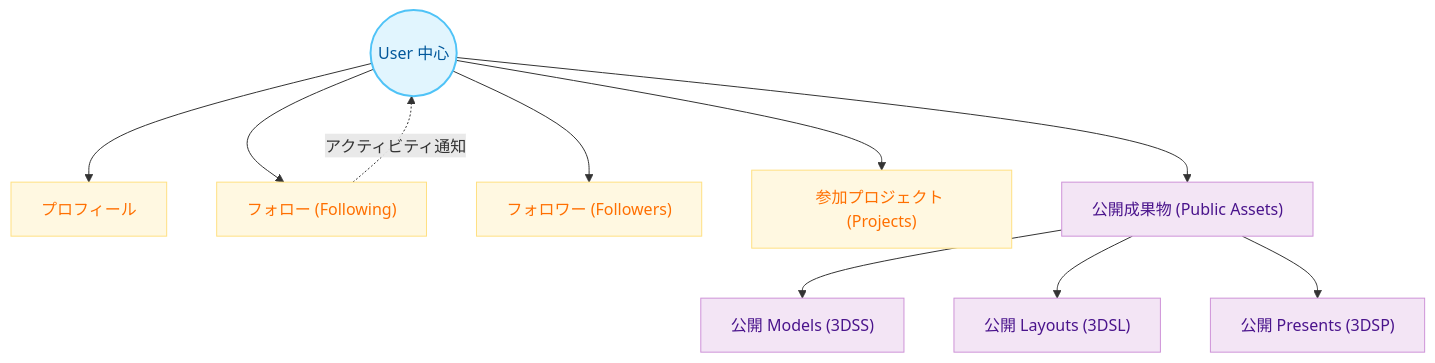
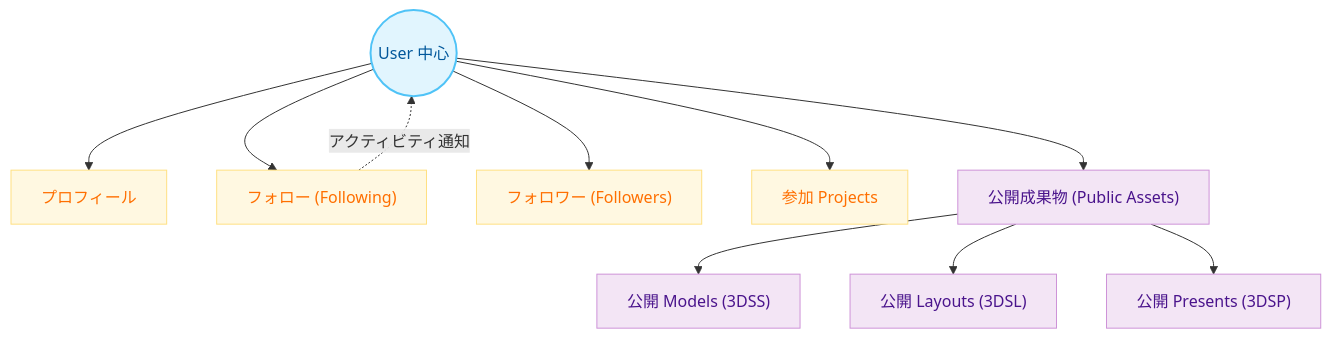
The diagram in docs/diagrams/user-social-map.md (sekkeiya/SEKKEIYA), drawn with Mermaid before and after one commit. The commit also changed other lines of this file and 3 other files, not shown here.

Commit message:
docs: finalize architecture terminology standardization

````diff
--- a/docs/diagrams/user-social-map.md
+++ b/docs/diagrams/user-social-map.md
@@ -5,31 +5,31 @@
 ```mermaid
 flowchart TD
     classDef user fill:#e1f5fe,stroke:#4fc3f7,color:#01579b,stroke-width:2px;
     classDef social fill:#fff8e1,stroke:#ffe082,color:#ff6f00;
     classDef artifact fill:#f3e5f5,stroke:#ce93d8,color:#4a148c;
 
     User(("User 中心")):::user
     
     Profile["プロフィール"]:::social
     Following["フォロー (Following)"]:::social
     Followers["フォロワー (Followers)"]:::social
-    Projects["参加プロジェクト (Projects)"]:::social
+    Projects["参加 Projects"]:::social
     
     PublicAssets["公開成果物 (Public Assets)"]:::artifact
     
     P_Models["公開 Models (3DSS)"]:::artifact
     P_Layouts["公開 Layouts (3DSL)"]:::artifact
     P_Presents["公開 Presents (3DSP)"]:::artifact
 
     User --> Profile
     User --> Following
     User --> Followers
     User --> Projects
     User --> PublicAssets
     
     PublicAssets --> P_Models
     PublicAssets --> P_Layouts
     PublicAssets --> P_Presents
     
     Following -.->|"アクティビティ通知"| User
 ```
````
